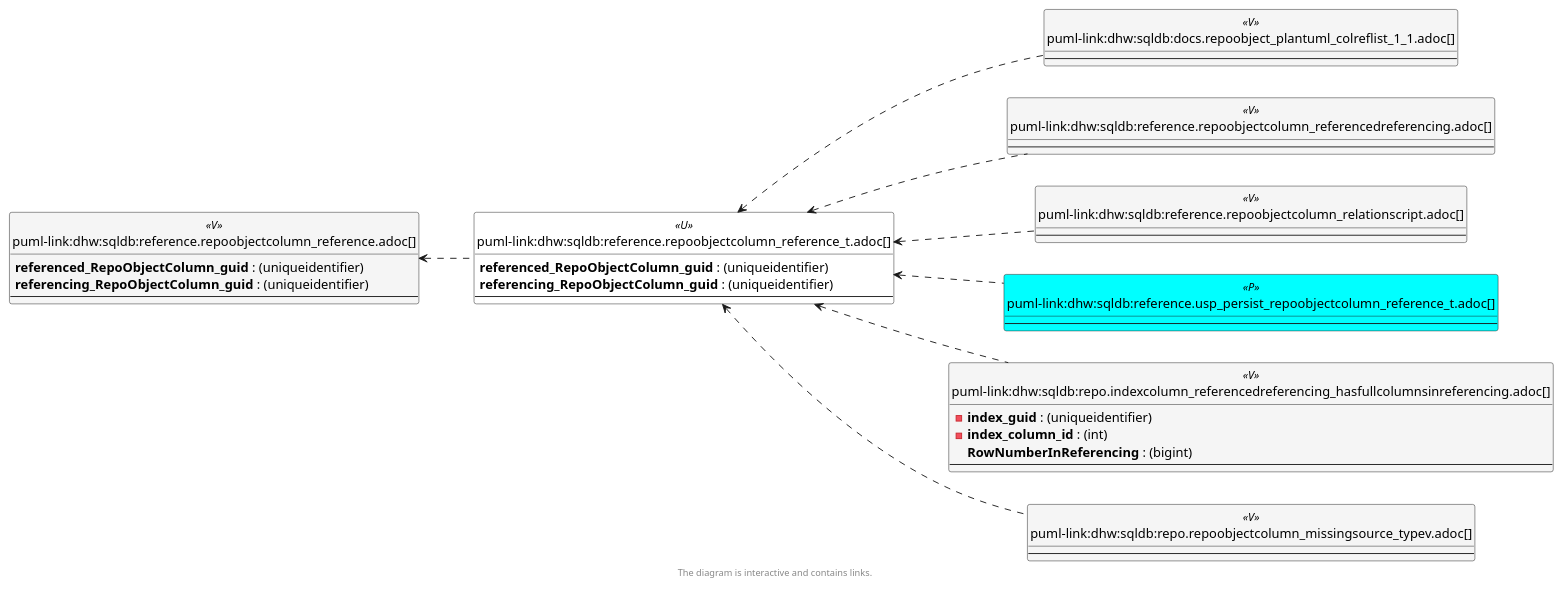
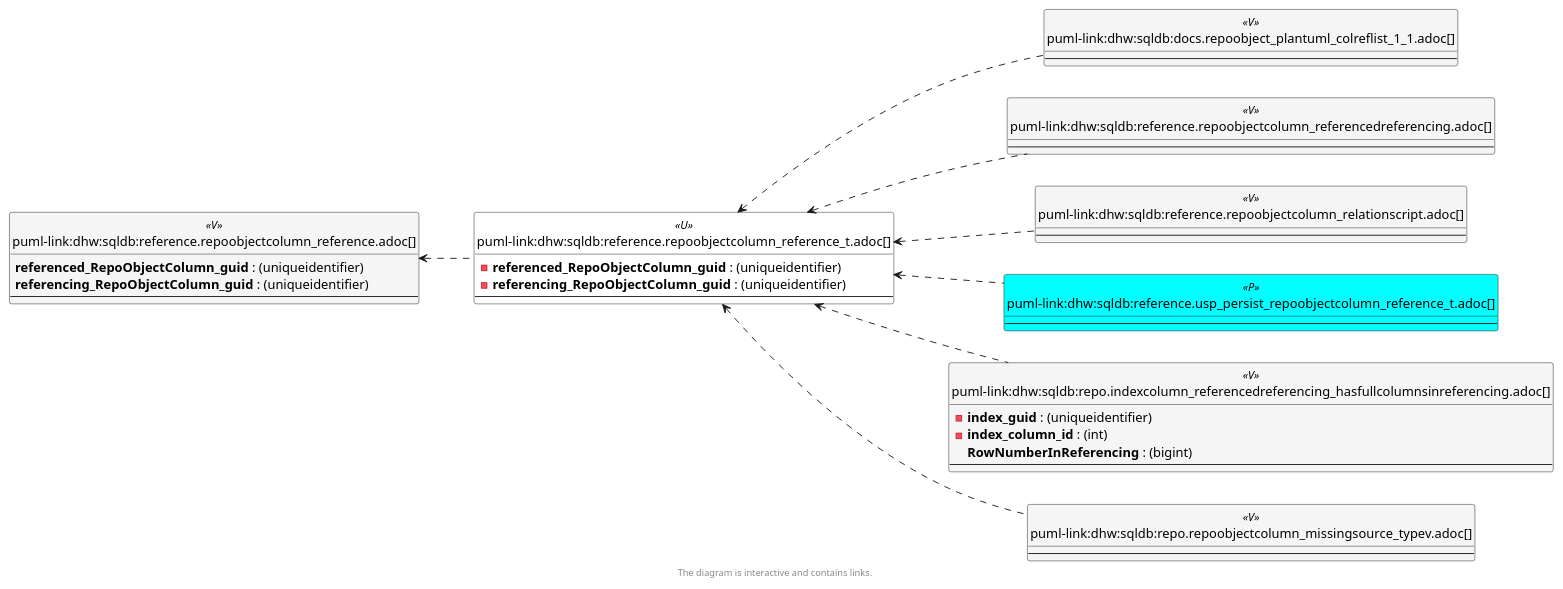
Before and after one commit to DataHandwerk/dhw-antora-sqldb: the third of 6 diagrams in docs/modules/sqldb/partials/content/reference.repoobjectcolumn_reference_t.adoc, drawn with PlantUML. The commit also changed other lines of this file and 641 other files, not shown here.

```diff
--- a/docs/modules/sqldb/partials/content/reference.repoobjectcolumn_reference_t.adoc
+++ b/docs/modules/sqldb/partials/content/reference.repoobjectcolumn_reference_t.adoc
@@ -1636,81 +1636,81 @@
 [plantuml, entity_1_1_objectref-{docname}, svg, subs=macros]
 ....
 @startuml
 left to right direction
 'top to bottom direction
 hide circle
 'avoide "." issues:
 set namespaceSeparator none
 
 
 skinparam class {
   BackgroundColor White
   BackgroundColor<<FN>> Yellow
   BackgroundColor<<FS>> Yellow
   BackgroundColor<<FT>> LightGray
   BackgroundColor<<IF>> Yellow
   BackgroundColor<<IS>> Yellow
   BackgroundColor<<P>>  Aqua
   BackgroundColor<<PC>> Aqua
   BackgroundColor<<SN>> Yellow
   BackgroundColor<<SO>> SlateBlue
   BackgroundColor<<TF>> LightGray
   BackgroundColor<<TR>> Tomato
   BackgroundColor<<U>>  White
   BackgroundColor<<V>>  WhiteSmoke
   BackgroundColor<<X>>  Aqua
   BackgroundColor<<external>> AliceBlue
 }
 
 
 entity "puml-link:dhw:sqldb:docs.repoobject_plantuml_colreflist_1_1.adoc[]" as docs.RepoObject_Plantuml_ColRefList_1_1 << V >> {
   --
 }
 
 entity "puml-link:dhw:sqldb:reference.repoobjectcolumn_reference.adoc[]" as reference.RepoObjectColumn_reference << V >> {
   **referenced_RepoObjectColumn_guid** : (uniqueidentifier)
   **referencing_RepoObjectColumn_guid** : (uniqueidentifier)
   --
 }
 
 entity "puml-link:dhw:sqldb:reference.repoobjectcolumn_reference_t.adoc[]" as reference.RepoObjectColumn_reference_T << U >> {
-  **referenced_RepoObjectColumn_guid** : (uniqueidentifier)
-  **referencing_RepoObjectColumn_guid** : (uniqueidentifier)
+  - **referenced_RepoObjectColumn_guid** : (uniqueidentifier)
+  - **referencing_RepoObjectColumn_guid** : (uniqueidentifier)
   --
 }
 
 entity "puml-link:dhw:sqldb:reference.repoobjectcolumn_referencedreferencing.adoc[]" as reference.RepoObjectColumn_ReferencedReferencing << V >> {
   --
 }
 
 entity "puml-link:dhw:sqldb:reference.repoobjectcolumn_relationscript.adoc[]" as reference.RepoObjectColumn_RelationScript << V >> {
   --
 }
 
 entity "puml-link:dhw:sqldb:reference.usp_persist_repoobjectcolumn_reference_t.adoc[]" as reference.usp_PERSIST_RepoObjectColumn_reference_T << P >> {
   --
 }
 
 entity "puml-link:dhw:sqldb:repo.indexcolumn_referencedreferencing_hasfullcolumnsinreferencing.adoc[]" as repo.IndexColumn_ReferencedReferencing_HasFullColumnsInReferencing << V >> {
   - **index_guid** : (uniqueidentifier)
   - **index_column_id** : (int)
   **RowNumberInReferencing** : (bigint)
   --
 }
 
 entity "puml-link:dhw:sqldb:repo.repoobjectcolumn_missingsource_typev.adoc[]" as repo.RepoObjectColumn_MissingSource_TypeV << V >> {
   --
 }
 
 reference.RepoObjectColumn_reference <.. reference.RepoObjectColumn_reference_T
-reference.RepoObjectColumn_reference_T <.. repo.RepoObjectColumn_MissingSource_TypeV
 reference.RepoObjectColumn_reference_T <.. repo.IndexColumn_ReferencedReferencing_HasFullColumnsInReferencing
 reference.RepoObjectColumn_reference_T <.. reference.RepoObjectColumn_ReferencedReferencing
 reference.RepoObjectColumn_reference_T <.. reference.usp_PERSIST_RepoObjectColumn_reference_T
 reference.RepoObjectColumn_reference_T <.. reference.RepoObjectColumn_RelationScript
+reference.RepoObjectColumn_reference_T <.. repo.RepoObjectColumn_MissingSource_TypeV
 reference.RepoObjectColumn_reference_T <.. docs.RepoObject_Plantuml_ColRefList_1_1
 
 footer The diagram is interactive and contains links.
 
 @enduml
 ....
```
